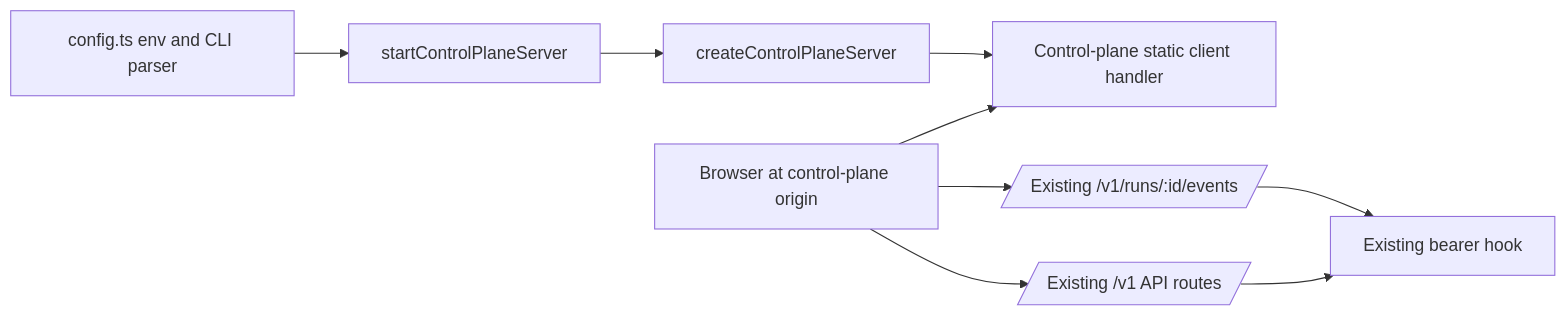
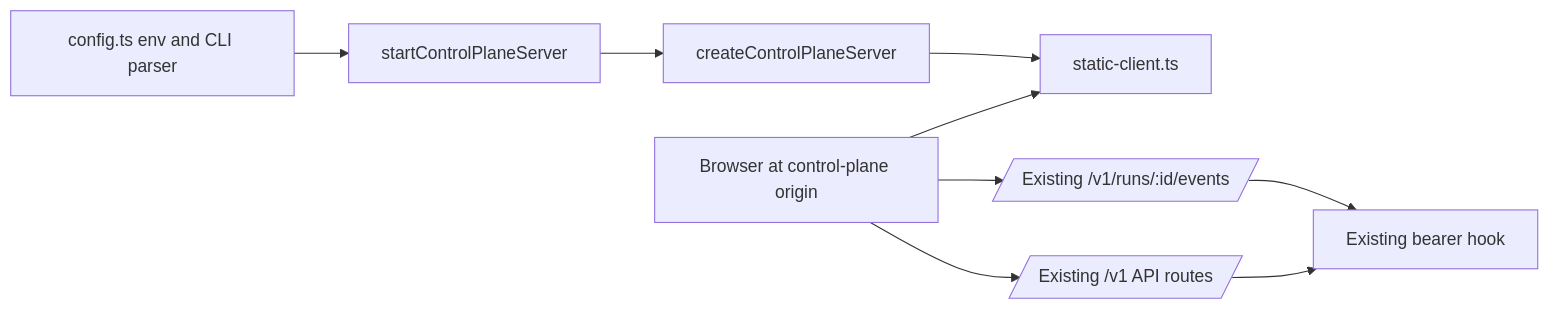
One commit to markdstafford/autocatalyst changed the second of 4 diagrams in context-human/specs/feature-control-plane-serves-built-client-event-stream.md. Above: the diagram before and after it, drawn with Mermaid. The commit also changed other lines of this file, not shown here.

Commit message:
docs: revise feature spec control-plane-serves-built-client-event-stream

````diff
--- a/context-human/specs/feature-control-plane-serves-built-client-event-stream.md
+++ b/context-human/specs/feature-control-plane-serves-built-client-event-stream.md
@@ -153,11 +165,11 @@
 ```mermaid
 graph LR
-    Browser[Browser at control-plane origin] --> Static[Control-plane static client handler]
+    Browser[Browser at control-plane origin] --> Static[static-client.ts]
     Browser --> API[/Existing /v1 API routes/]
     Browser --> Events[/Existing /v1/runs/:id/events/]
     Config[config.ts env and CLI parser] --> Server[startControlPlaneServer]
     Server --> Factory[createControlPlaneServer]
     Factory --> Static
     API --> Bearer[Existing bearer hook]
     Events --> Bearer
 ```
````
